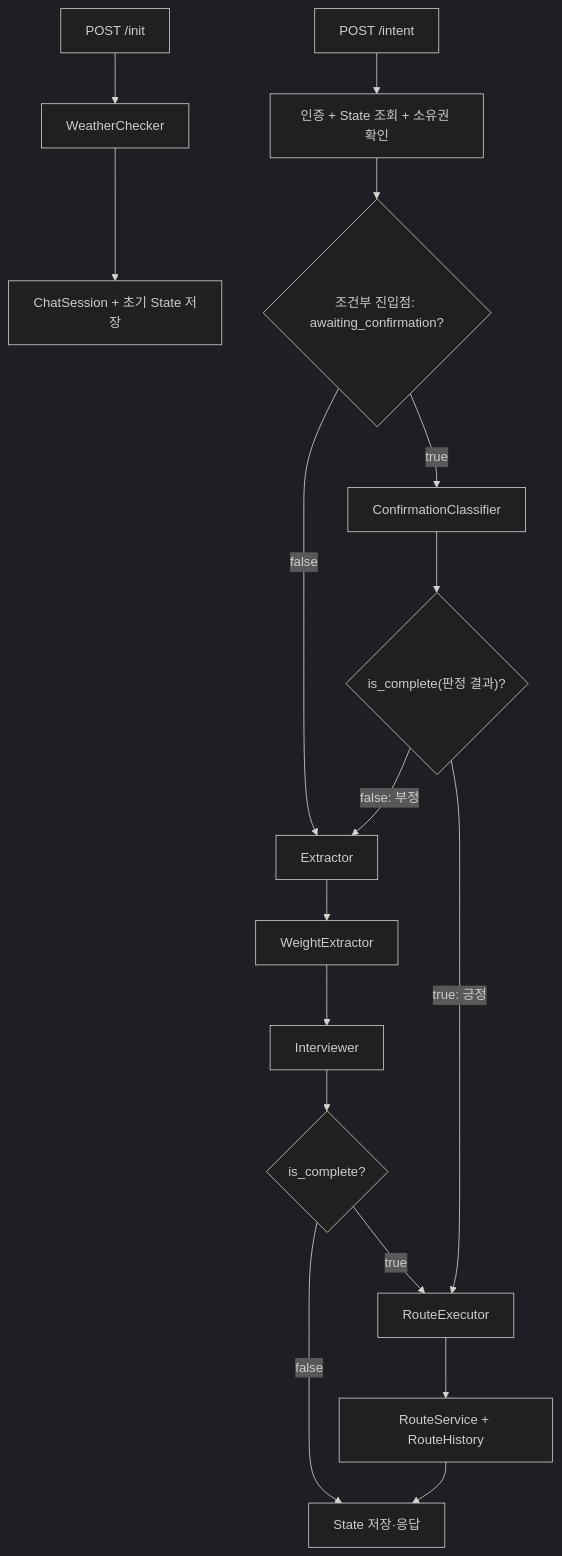
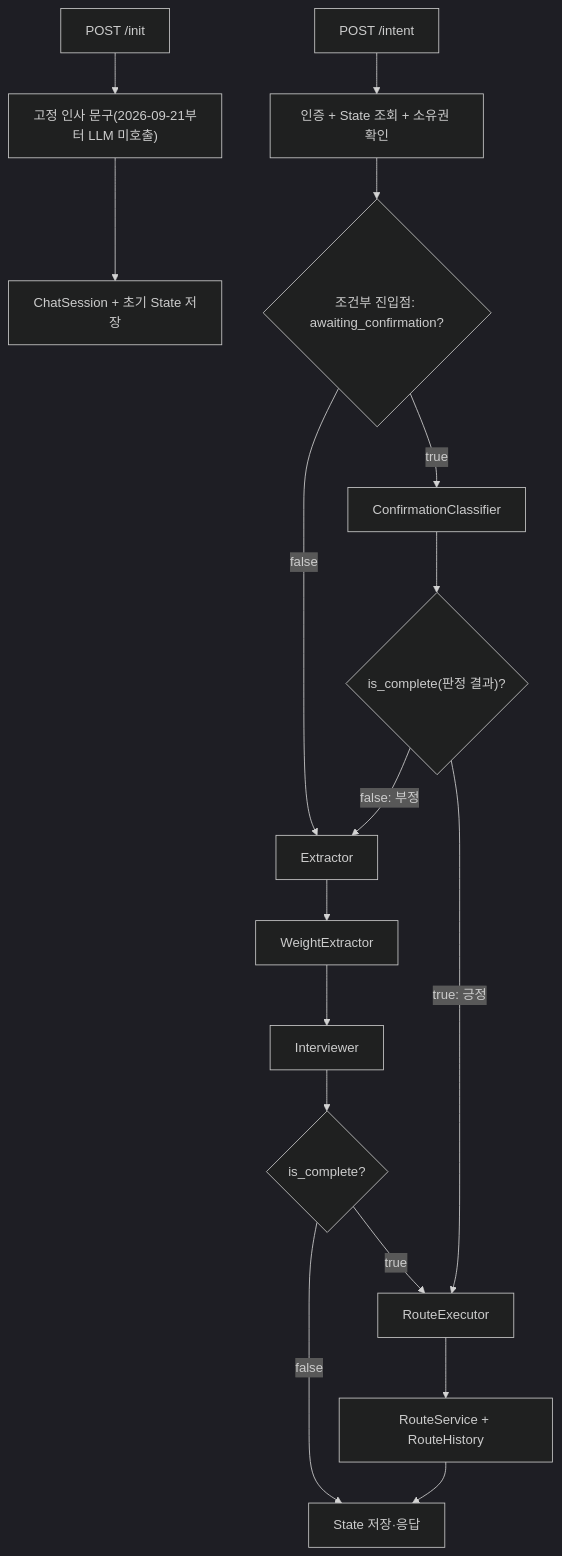
The diagram in docs/chatbot/agent_harness.md (ChimaekMeeting/seoul-walk-platform), drawn with Mermaid (dark theme) before and after one commit. The commit also changed other lines of this file and 3 other files, not shown here.

Commit message:
[Docs] weather_checker 제거 관련 문서 갱신

````diff
--- a/docs/chatbot/agent_harness.md
+++ b/docs/chatbot/agent_harness.md
@@ -137,23 +131,23 @@
 ```mermaid
 flowchart TD
-    INIT["POST /init"] --> WC["WeatherChecker"]
-    WC --> SAVE["ChatSession + 초기 State 저장"]
+    INIT["POST /init"] --> GREET["고정 인사 문구(2026-09-21부터 LLM 미호출)"]
+    GREET --> SAVE["ChatSession + 초기 State 저장"]
 
     INTENT["POST /intent"] --> LOAD["인증 + State 조회 + 소유권 확인"]
     LOAD --> ENTRY{"조건부 진입점: awaiting_confirmation?"}
     ENTRY -- "false" --> EX["Extractor"]
     ENTRY -- "true" --> CC["ConfirmationClassifier"]
 
     EX --> WE["WeightExtractor"]
     WE --> IV["Interviewer"]
     IV --> DECLARED{"is_complete?"}
     DECLARED -- "false" --> END1["State 저장·응답"]
     DECLARED -- "true" --> RE["RouteExecutor"]
 
     CC --> CDECIDE{"is_complete(판정 결과)?"}
     CDECIDE -- "true: 긍정" --> RE
     CDECIDE -- "false: 부정" --> EX
 
     RE --> RH["RouteService + RouteHistory"]
     RH --> END1
 ```
````
